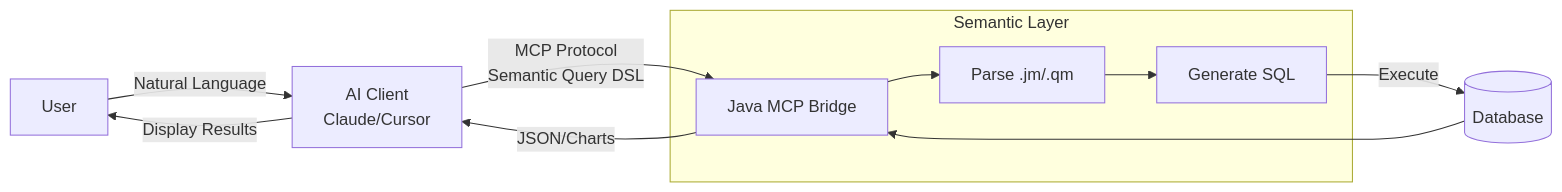
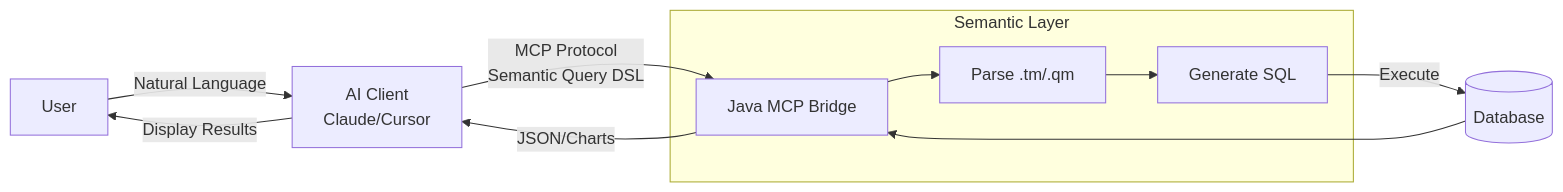
Before and after one commit to foggy-projects/foggy-data-mcp-bridge: the diagram in README.md, drawn with Mermaid. The commit also changed other lines of this file and 62 other files, not shown here.

````diff
--- a/README.md
+++ b/README.md
@@ -27,13 +27,13 @@
 ```mermaid
 graph LR
     User[User] -->|Natural Language| AI[AI Client<br/>Claude/Cursor]
     AI -->|MCP Protocol<br/>Semantic Query DSL| Bridge[Java MCP Bridge]
     subgraph Semantic["Semantic Layer"]
-        Bridge --> Parse[Parse .jm/.qm]
+        Bridge --> Parse[Parse .tm/.qm]
         Parse --> SQL[Generate SQL]
     end
     SQL -->|Execute| DB[(Database)]
     DB --> Bridge
     Bridge -->|JSON/Charts| AI
     AI -->|Display Results| User
 ```
````
